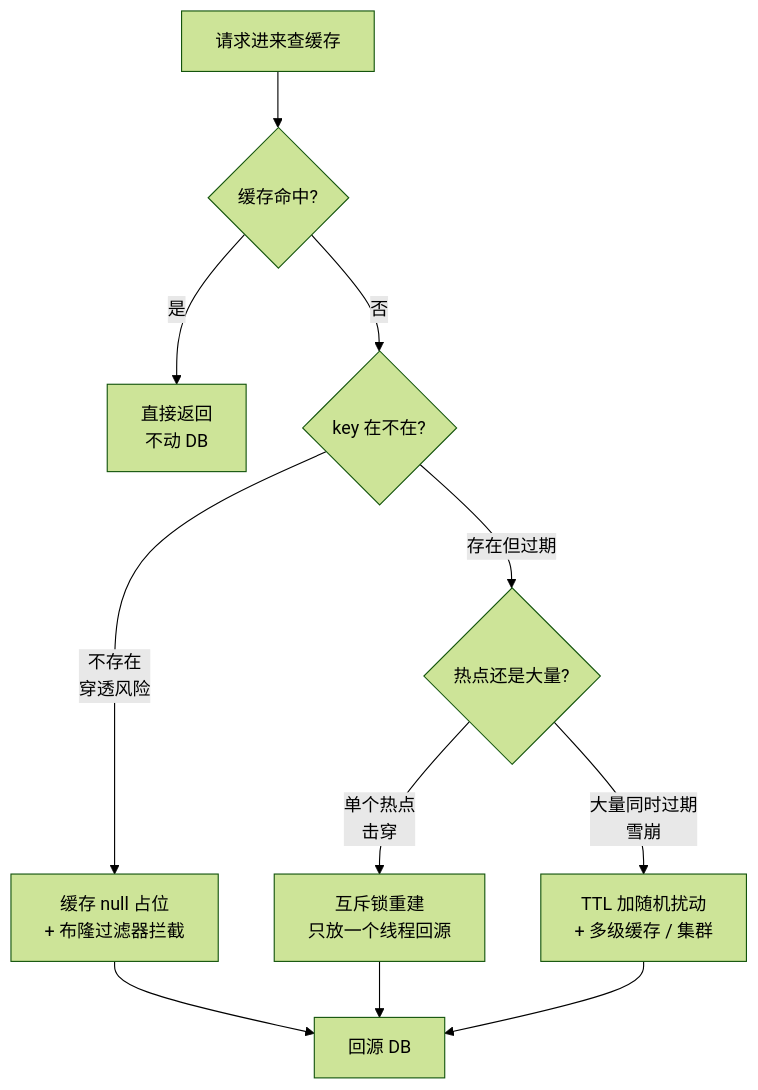
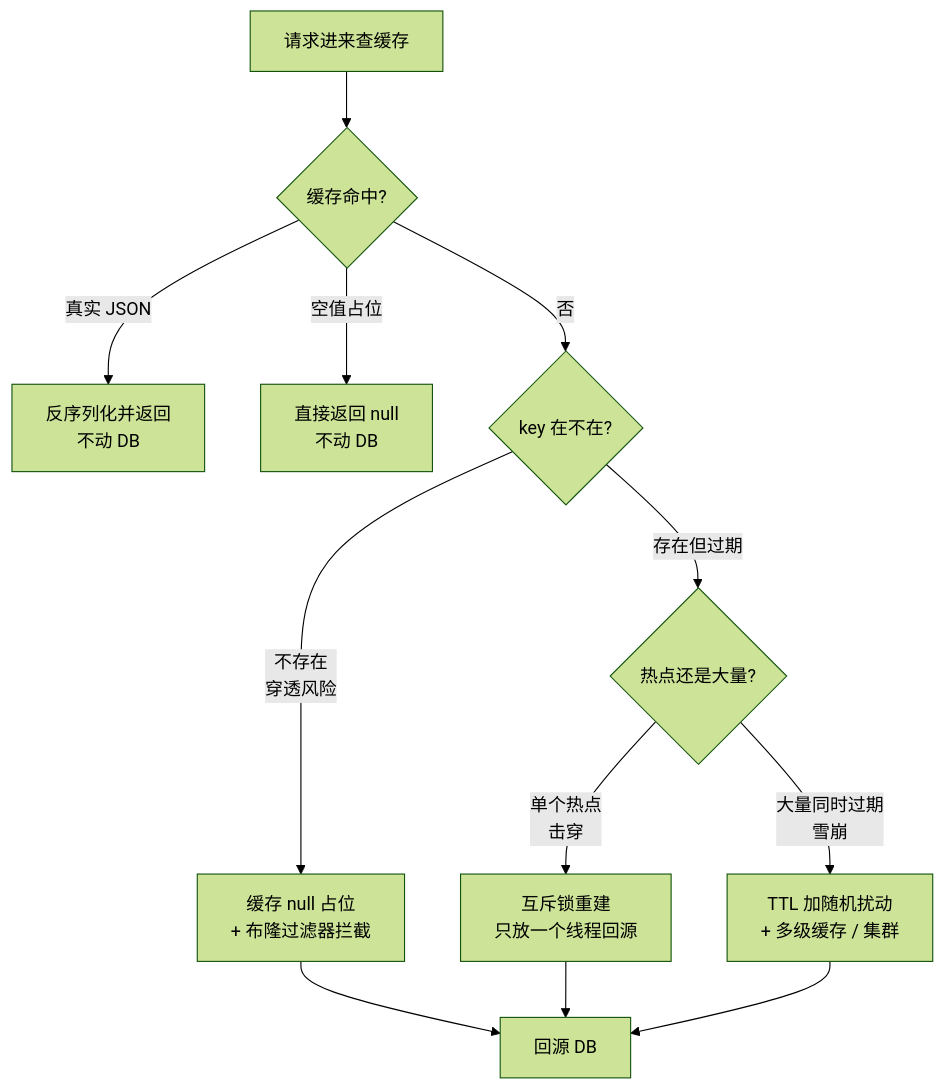
Before and after one commit to CrazyForks/java-full-stack: the second of 6 diagrams in docs/08-阶段八-数据库专家/01-Redis.md, drawn with Mermaid (forest theme). The commit also changed other lines of this file and 58 other files, not shown here.

````diff
--- a/docs/08-阶段八-数据库专家/01-Redis.md
+++ b/docs/08-阶段八-数据库专家/01-Redis.md
@@ -122,13 +130,14 @@
 ```mermaid
 flowchart TD
     A["请求进来查缓存"] --> B{"缓存命中?"}
-    B -- "是" --> C["直接返回<br/>不动 DB"]
+    B -- "真实 JSON" --> C["反序列化并返回<br/>不动 DB"]
+    B -- "空值占位" --> C0["直接返回 null<br/>不动 DB"]
     B -- "否" --> D{"key 在不在?"}
     D -- "不存在<br/>穿透风险" --> E["缓存 null 占位<br/>+ 布隆过滤器拦截"]
     D -- "存在但过期" --> F{"热点还是大量?"}
     F -- "单个热点<br/>击穿" --> G["互斥锁重建<br/>只放一个线程回源"]
     F -- "大量同时过期<br/>雪崩" --> H["TTL 加随机扰动<br/>+ 多级缓存 / 集群"]
     E --> I["回源 DB"]
     G --> I
     H --> I
 ```
````
